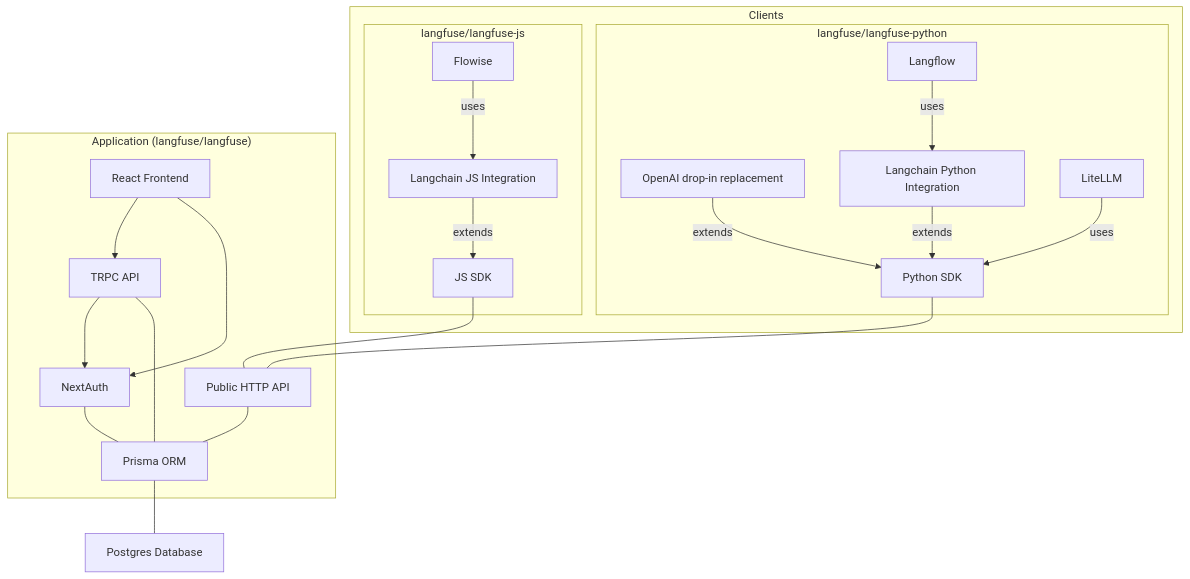
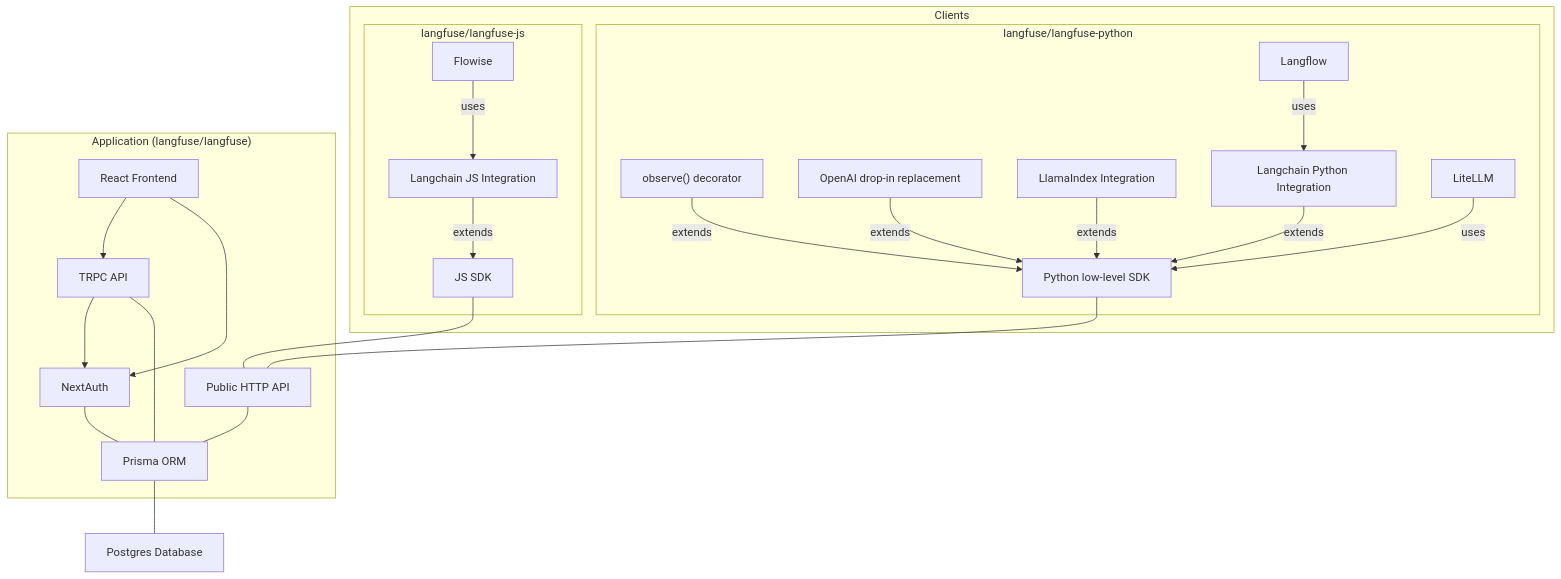
The first of 2 diagrams in CONTRIBUTING.md (MohsinCreed/LangfuseOllama), drawn with Mermaid before and after one commit.

Commit message:
docs: add new integrations to contributing

````diff
--- a/CONTRIBUTING.md
+++ b/CONTRIBUTING.md
@@ -54,35 +54,37 @@
 ```mermaid
 flowchart TB
    subgraph s4["Clients"]
       subgraph s2["langfuse/langfuse-python"]
-         Python["Python SDK"]
+         Python["Python low-level SDK"]
+         Decorator["observe() decorator"] -->|extends| Python
          OAI["OpenAI drop-in replacement"] -->|extends| Python
+         Llamaindex["LlamaIndex Integration"] -->|extends| Python
          LCPYTHON["Langchain Python Integration"] -->|extends| Python
          Langflow -->|uses| LCPYTHON
          LiteLLM -->|uses| Python
       end
       subgraph s3["langfuse/langfuse-js"]
          JS["JS SDK"]
          LCJS["Langchain JS Integration"]  -->|extends| JS
          Flowise -->|uses| LCJS
       end
    end
 
    DB[Postgres Database]
 	subgraph s1["Application (langfuse/langfuse)"]
       API[Public HTTP API]
       G[TRPC API]
       I[NextAuth]
       H[React Frontend]
       Prisma[Prisma ORM]
       H --> G
       H --> I
       G --> I
       G --- Prisma
       API --- Prisma
       I --- Prisma
 	end
    Prisma --- DB
    JS --- API
    Python --- API
 ```
````
